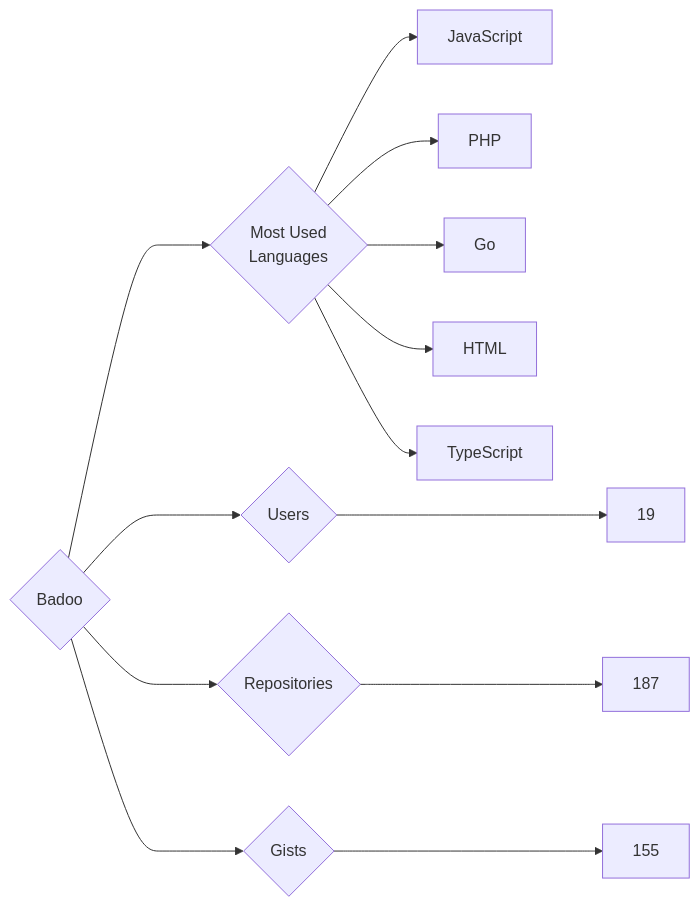
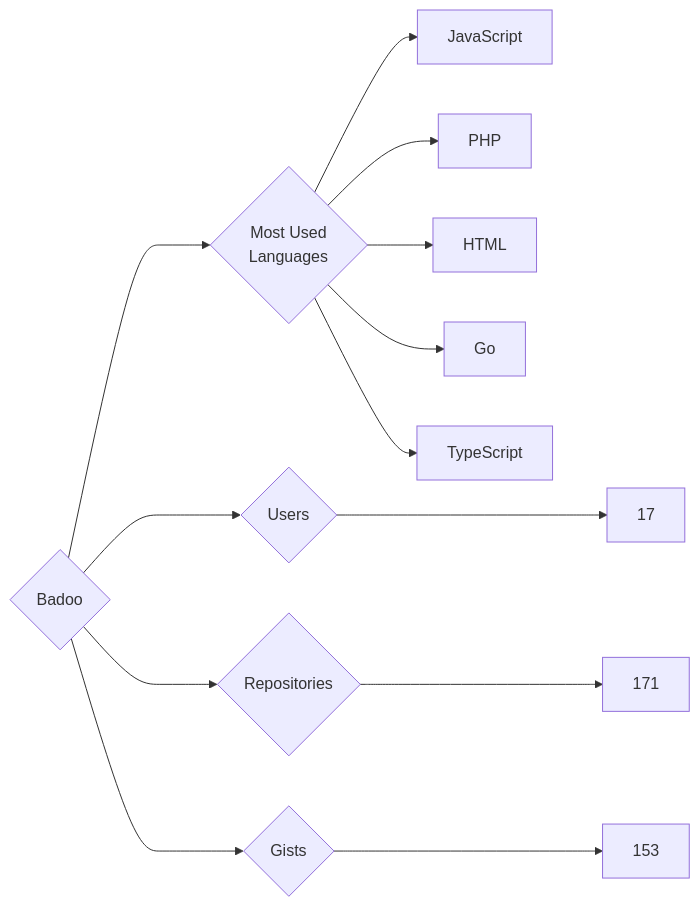
Before and after one commit to trickest/insiders: the diagram in targets/Badoo/README.md, drawn with Mermaid. The commit also changed 736 other files, not shown here.

````diff
--- a/targets/Badoo/README.md
+++ b/targets/Badoo/README.md
@@ -3,13 +3,13 @@
 ```mermaid
 graph LR
 COMPANY_NAME{Badoo}
-COMPANY_NAME ---> U{Users} ---> UN[19]
-COMPANY_NAME ---> R{Repositories} ---> RN[187]
-COMPANY_NAME ---> G{Gists} ---> GN[155]
+COMPANY_NAME ---> U{Users} ---> UN[17]
+COMPANY_NAME ---> R{Repositories} ---> RN[171]
+COMPANY_NAME ---> G{Gists} ---> GN[153]
 COMPANY_NAME ---> ML{Most Used<br>Languages}
 ML --> JavaScript[JavaScript]
 ML --> PHP[PHP]
+ML --> HTML[HTML]
 ML --> Go[Go]
-ML --> HTML[HTML]
 ML --> TypeScript[TypeScript]
 ```
````
